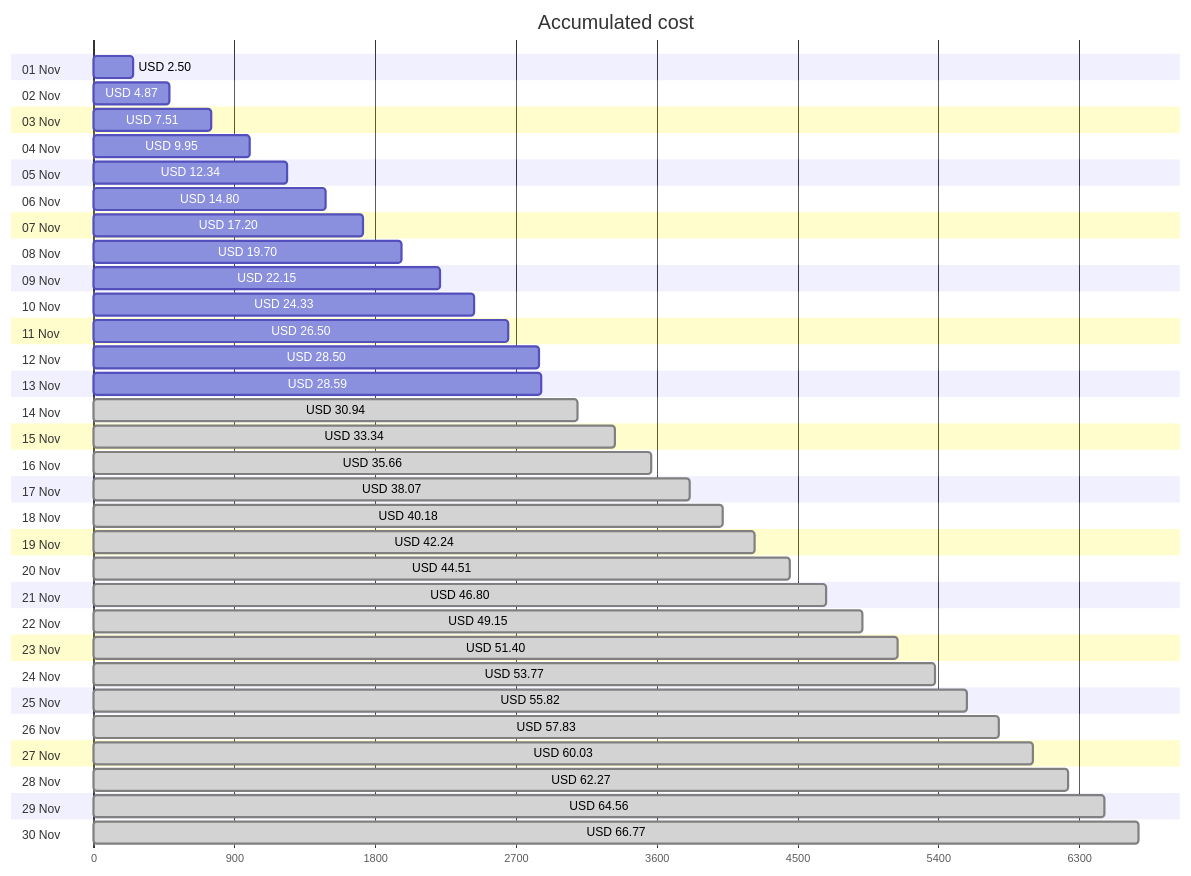
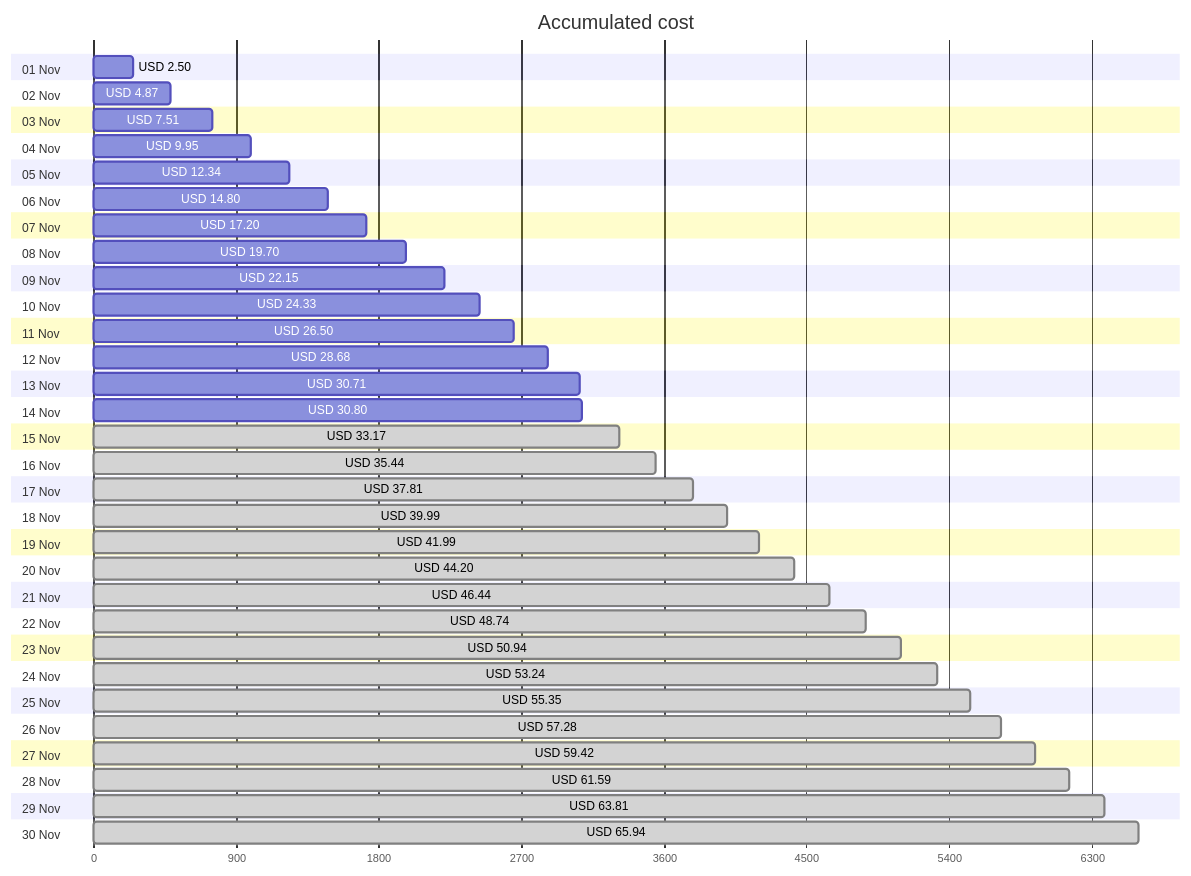
The first of 4 diagrams in cost-reports/accumulated-cost.md (jpfulton/azure-personal-reports), drawn with Mermaid before and after one commit. The commit also changed other lines of this file and 4 other files, not shown here.

````diff
--- a/cost-reports/accumulated-cost.md
+++ b/cost-reports/accumulated-cost.md
@@ -20,66 +20,66 @@
 ```mermaid
 gantt
    title Accumulated cost
    dateFormat  X
    axisFormat %s
    section 01 Nov
    USD 2.50 :0, 250
    section 02 Nov
    USD 4.87 :0, 487
    section 03 Nov
    USD 7.51 :0, 751
    section 04 Nov
    USD 9.95 :0, 995
    section 05 Nov
    USD 12.34 :0, 1234
    section 06 Nov
    USD 14.80 :0, 1480
    section 07 Nov
    USD 17.20 :0, 1720
    section 08 Nov
    USD 19.70 :0, 1970
    section 09 Nov
    USD 22.15 :0, 2215
    section 10 Nov
    USD 24.33 :0, 2433
    section 11 Nov
    USD 26.50 :0, 2650
    section 12 Nov
-   USD 28.50 :0, 2850
+   USD 28.68 :0, 2868
    section 13 Nov
-   USD 28.59 :0, 2859
+   USD 30.71 :0, 3071
    section 14 Nov
-   USD 30.94 : done, 0, 3094
+   USD 30.80 :0, 3080
    section 15 Nov
-   USD 33.34 : done, 0, 3334
+   USD 33.17 : done, 0, 3317
    section 16 Nov
-   USD 35.66 : done, 0, 3566
+   USD 35.44 : done, 0, 3544
    section 17 Nov
-   USD 38.07 : done, 0, 3807
+   USD 37.81 : done, 0, 3781
    section 18 Nov
-   USD 40.18 : done, 0, 4018
+   USD 39.99 : done, 0, 3999
    section 19 Nov
-   USD 42.24 : done, 0, 4224
+   USD 41.99 : done, 0, 4199
    section 20 Nov
-   USD 44.51 : done, 0, 4451
+   USD 44.20 : done, 0, 4420
    section 21 Nov
-   USD 46.80 : done, 0, 4680
+   USD 46.44 : done, 0, 4644
    section 22 Nov
-   USD 49.15 : done, 0, 4915
+   USD 48.74 : done, 0, 4874
    section 23 Nov
-   USD 51.40 : done, 0, 5140
+   USD 50.94 : done, 0, 5094
    section 24 Nov
-   USD 53.77 : done, 0, 5377
+   USD 53.24 : done, 0, 5324
    section 25 Nov
-   USD 55.82 : done, 0, 5582
+   USD 55.35 : done, 0, 5535
    section 26 Nov
-   USD 57.83 : done, 0, 5783
+   USD 57.28 : done, 0, 5728
    section 27 Nov
-   USD 60.03 : done, 0, 6003
+   USD 59.42 : done, 0, 5942
    section 28 Nov
-   USD 62.27 : done, 0, 6227
+   USD 61.59 : done, 0, 6159
    section 29 Nov
-   USD 64.56 : done, 0, 6456
+   USD 63.81 : done, 0, 6381
    section 30 Nov
-   USD 66.77 : done, 0, 6677
+   USD 65.94 : done, 0, 6594
 ```
````
